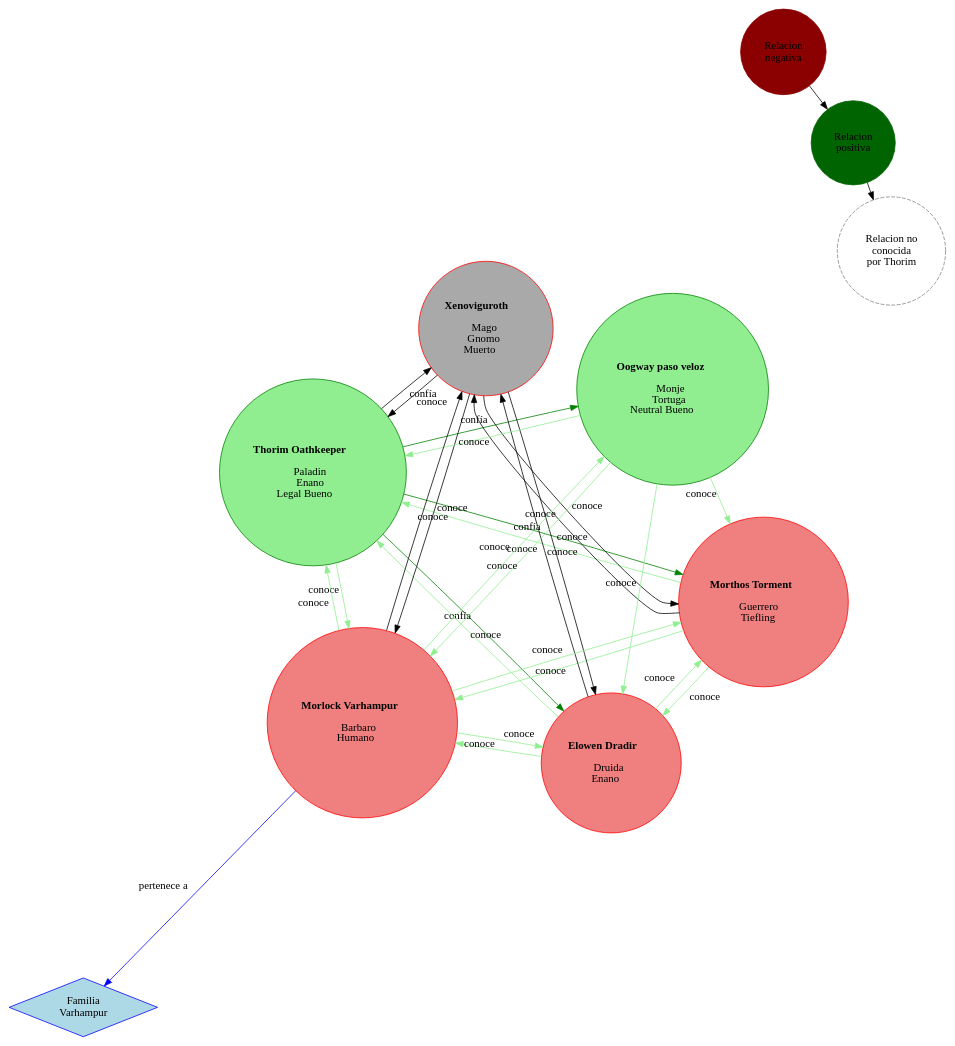
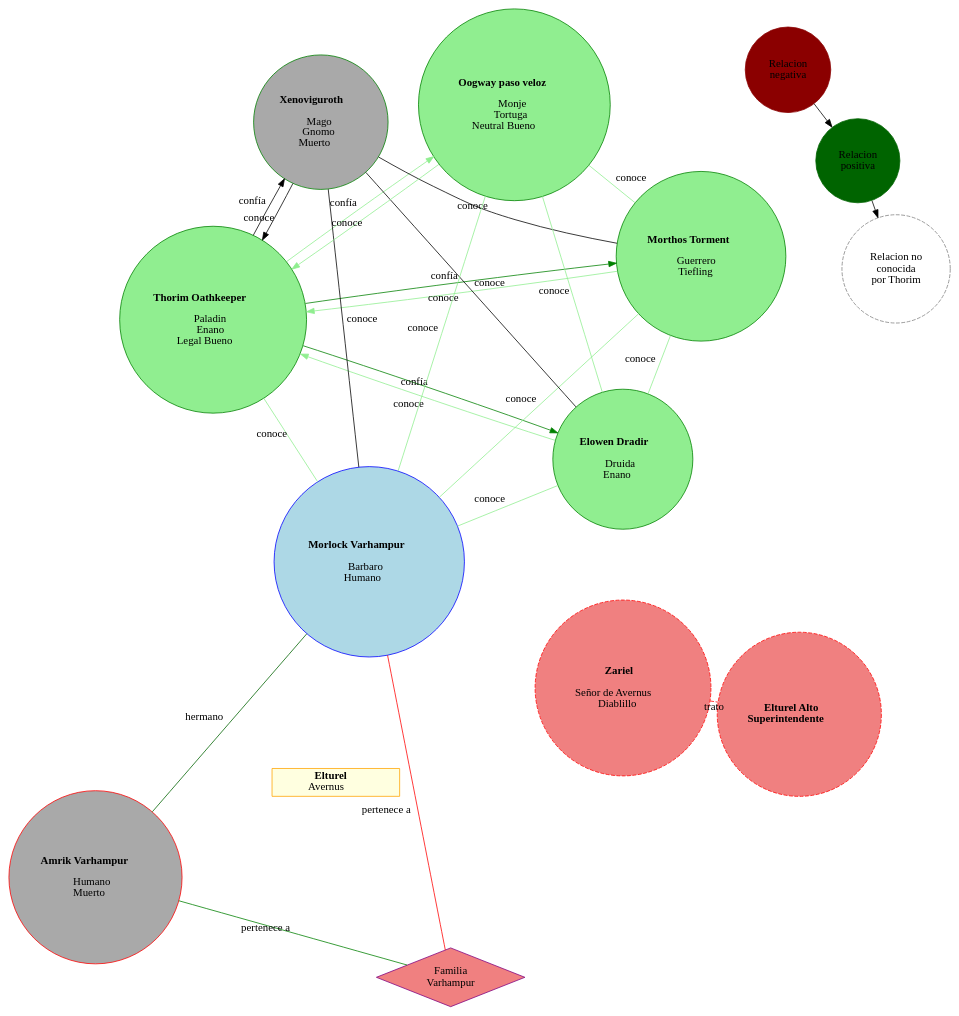
The diagram in Afinity/BaldursGate2025/map.dot (TsunaHalo2001/dnd5e-customs), drawn with Graphviz before and after one commit.

Commit message:
Refactor character attributes and relationships in Baldur's Gate 2025 map

```diff
--- a/Afinity/BaldursGate2025/map.dot
+++ b/Afinity/BaldursGate2025/map.dot
@@ -1,111 +1,148 @@
 digraph Relaciones {
     layout=neato;
     overlap=prism;
     splines=true;
     mindist=0.8;
     esep=0.2;
     node [shape=circle, style=filled];
 
     "1" [color=darkred, label="Relacion\nnegativa"];
     "2" [color=darkgreen, label="Relacion\npositiva"];
     "3" [color=gray, style=dashed, label="Relacion no\nconocida\npor Thorim"];
     "1" -> "2" -> "3";
 
     // Personajes
     "Thorim Oathkeeper" [
         color=green, 
         style=filled, 
         fillcolor=lightgreen,
         label=<<b>Thorim Oathkeeper</b><br/><br/>
     Paladin<br/>
     Enano<br/>
         Legal Bueno
     >];
 
     "Morthos Torment" [
-        color=red, 
+        color=green, 
         style=filled, 
-        fillcolor=lightcoral, 
+        fillcolor=lightgreen, 
         label=<<b>Morthos Torment</b><br/><br/>
     Guerrero<br/>
         Tiefling
     >];
     "Elowen Dradir" [
-        color=red, 
+        color=green, 
         style=filled, 
-        fillcolor=lightcoral, 
+        fillcolor=lightgreen, 
         label=<<b>Elowen Dradir</b><br/><br/>
     Druida<br/>
         Enano
     >];
     "Xenoviguroth" [
-        color=red, 
+        color=green, 
         style=filled, 
         fillcolor=darkgray, 
         label=<<b>Xenoviguroth</b><br/><br/>
     Mago<br/>
     Gnomo<br/>
         Muerto
     >];
     "Oogway paso veloz" [
         color=green, 
         style=filled, 
         fillcolor=lightgreen, 
         label=<<b>Oogway paso veloz</b><br/><br/>
     Monje<br/>
     Tortuga<br/>
         Neutral Bueno
     >];
 
     // NPCs
+    "Zariel" [
+        color=red,
+        style="filled, dashed",
+        fillcolor=lightcoral,
+        label=<<b>Zariel</b><br/><br/>
+    Señor de Avernus<br/>
+        Diablillo
+    >
+    ];
+    "Elturel Alto Superintendente" [
+        color=red,
+        style="filled, dashed",
+        fillcolor=lightcoral,
+        label=<<b>Elturel Alto<br/>Superintendente</b>>
+    ];
     "Morlock Varhampur" [
-        color=red, 
+        color=blue, 
         style=filled, 
-        fillcolor=lightcoral, 
+        fillcolor=lightblue, 
         label=<<b>Morlock Varhampur</b><br/><br/>
     Barbaro<br/>
         Humano
     >];
+    "Amrik Varhampur" [
+        color=red, 
+        style=filled, 
+        fillcolor=darkgray, 
+        label=<<b>Amrik Varhampur</b><br/><br/>
+    Humano<br/>
+        Muerto
+    >];
 
     // Familias
-    "Familia Varhampur" [shape=diamond, color=blue, fillcolor=lightblue, label="Familia\nVarhampur"];
+    "Familia Varhampur" [
+        shape=diamond, 
+        color=purple, 
+        fillcolor=lightcoral, 
+        label="Familia\nVarhampur"
+    ];
+
+    // Ciudades
+    "Elturel" [
+        shape=rectangle, 
+        color=orange, 
+        fillcolor=lightyellow, 
+        label=<<b>Elturel</b><br/>
+            Avernus
+        >
+    ];
+
+    // Relaciones del lore
+    "Zariel" -> "Elturel Alto Superintendente" [dir=none, label="trato", color=red, style=dashed];
 
     // Relaciones de Thorim Oathkeeper
     "Thorim Oathkeeper" -> "Morthos Torment" [label="confía", color=green];
     "Thorim Oathkeeper" -> "Elowen Dradir" [label="confía", color=green];
     "Thorim Oathkeeper" -> "Xenoviguroth" [label="confía", color=black];
-    "Thorim Oathkeeper" -> "Oogway paso veloz" [label="confía", color=green];
-    "Thorim Oathkeeper" -> "Morlock Varhampur" [label="conoce", color=lightgreen];
+    "Thorim Oathkeeper" -> "Oogway paso veloz" [label="confía", color=lightgreen];
+    "Thorim Oathkeeper" -> "Morlock Varhampur" [dir=none, label="conoce", color=lightgreen];
 
     // Relaciones de Morthos Torment
     "Morthos Torment" -> "Thorim Oathkeeper" [label="conoce", color=lightgreen];
-    "Morthos Torment" -> "Elowen Dradir" [label="conoce", color=lightgreen];
-    "Morthos Torment" -> "Xenoviguroth" [label="conoce", color=black];
-    "Morthos Torment" -> "Morlock Varhampur" [label="conoce", color=lightgreen];
+    "Morthos Torment" -> "Elowen Dradir" [dir=none, label="conoce", color=lightgreen];
+    "Morthos Torment" -> "Xenoviguroth" [dir=none, label="conoce", color=black];
+    "Morthos Torment" -> "Morlock Varhampur" [dir=none, label="conoce", color=lightgreen];
+    "Morthos Torment" -> "Oogway paso veloz" [dir=none, label="conoce", color=lightgreen];
 
     // Relaciones de Elowen Dradir
     "Elowen Dradir" -> "Thorim Oathkeeper" [label="conoce", color=lightgreen];
-    "Elowen Dradir" -> "Morthos Torment" [label="conoce", color=lightgreen];
-    "Elowen Dradir" -> "Xenoviguroth" [label="conoce", color=black];
-    "Elowen Dradir" -> "Morlock Varhampur" [label="conoce", color=lightgreen];
+    "Elowen Dradir" -> "Xenoviguroth" [dir=none, label="conoce", color=black];
+    "Elowen Dradir" -> "Morlock Varhampur" [dir=none, label="conoce", color=lightgreen];
+    "Elowen Dradir" -> "Oogway paso veloz" [dir=none, label="conoce", color=lightgreen];
 
     // Relaciones de Xenoviguroth
     "Xenoviguroth" -> "Thorim Oathkeeper" [label="conoce", color=black];
-    "Xenoviguroth" -> "Morthos Torment" [label="conoce", color=black];
-    "Xenoviguroth" -> "Elowen Dradir" [label="conoce", color=black];
-    "Xenoviguroth" -> "Morlock Varhampur" [label="conoce", color=black];
+    "Xenoviguroth" -> "Morlock Varhampur" [dir=none, label="conoce", color=black];
 
     // Relaciones de Oogway paso veloz
     "Oogway paso veloz" -> "Thorim Oathkeeper" [label="conoce", color=lightgreen];
-    "Oogway paso veloz" -> "Morthos Torment" [label="conoce", color=lightgreen];
-    "Oogway paso veloz" -> "Elowen Dradir" [label="conoce", color=lightgreen];
-    "Oogway paso veloz" -> "Morlock Varhampur" [label="conoce", color=lightgreen];
+    "Oogway paso veloz" -> "Morlock Varhampur" [dir=none, label="conoce", color=lightgreen];
 
     // Relaciones de Morlock Varhampur
-    "Morlock Varhampur" -> "Familia Varhampur" [label="pertenece a", color=blue];
-    "Morlock Varhampur" -> "Thorim Oathkeeper" [label="conoce", color=lightgreen];
-    "Morlock Varhampur" -> "Morthos Torment" [label="conoce", color=lightgreen];
-    "Morlock Varhampur" -> "Elowen Dradir" [label="conoce", color=lightgreen];
-    "Morlock Varhampur" -> "Xenoviguroth" [label="conoce", color=black];
-    "Morlock Varhampur" -> "Oogway paso veloz" [label="conoce", color=lightgreen];
+    "Morlock Varhampur" -> "Familia Varhampur" [dir=none, label="pertenece a", color=red];
+    "Morlock Varhampur" -> "Amrik Varhampur" [dir=none, label="hermano", color=darkgreen];
+
+    // Relaciones de Amrik Varhampur
+    "Amrik Varhampur" -> "Familia Varhampur" [dir=none, label="pertenece a", color=green];
 }
```
